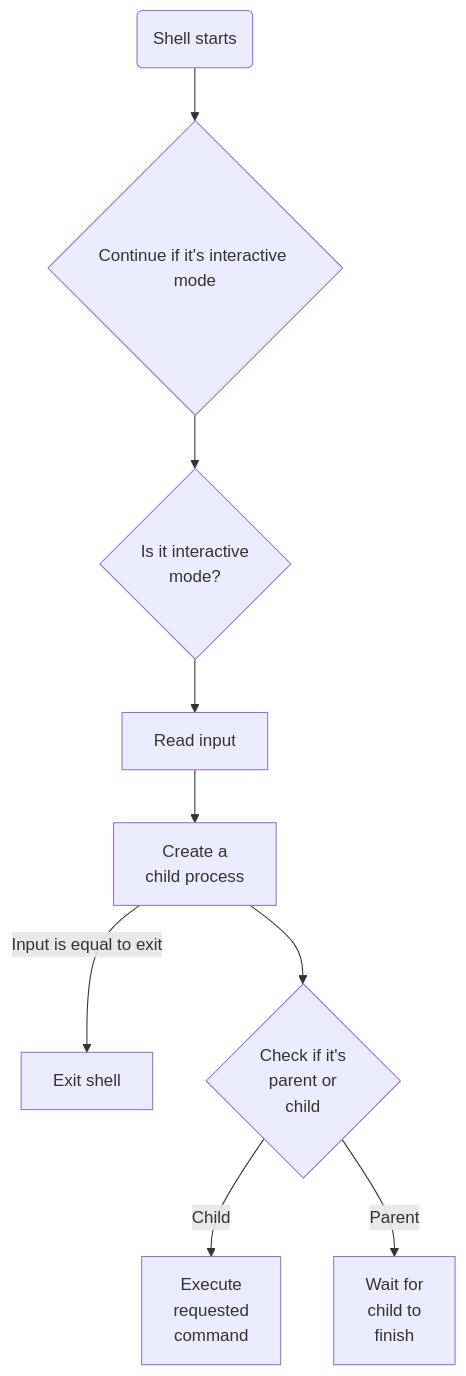
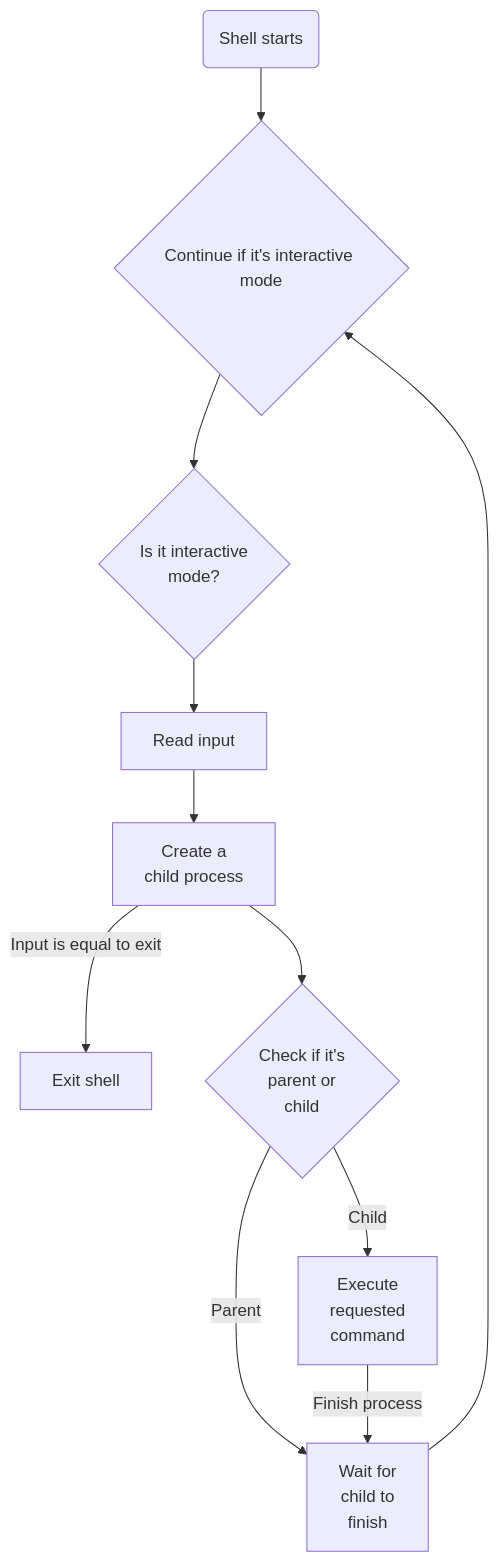
The diagram in README.md (mattowsh/holbertonschool-simple_shell), drawn with Mermaid before and after one commit.

````diff
--- a/README.md
+++ b/README.md
@@ -27,12 +27,14 @@
 ```mermaid
 graph TD;
   Start0(Shell starts)
   Start0-->While0{Continue if it's interactive mode}
   While0-->If0{Is it interactive<br>mode?}
   If0-->Getline[Read input]
   Getline-->Fork0[Create a<br>child process]
   Fork0-->|Input is equal to exit|Exit0[Exit shell]
   Fork0-->Fork1{Check if it's<br>parent or<br>child}
   Fork1-->|Child|Execve[Execute<br>requested<br>command]
   Fork1-->|Parent|Wait[Wait for<br>child to<br>finish]
+  Execve-->|Finish process|Wait
+  Wait-->While0
   ```
````
